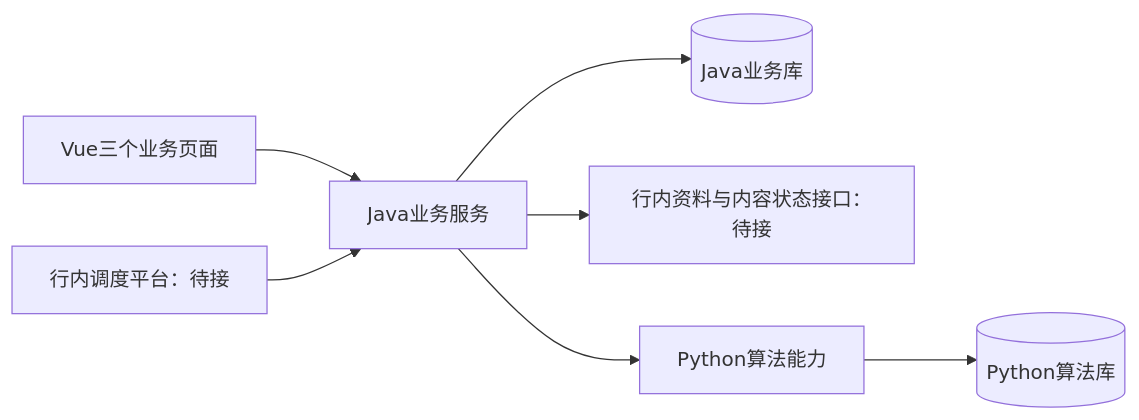
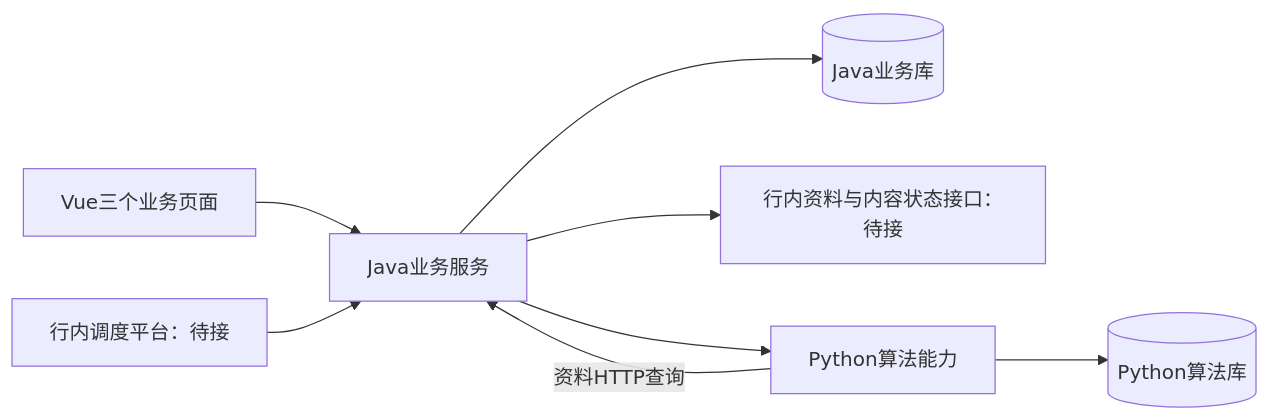
One commit to easyLong/strat-matrix changed the diagram in README.md. Above: the diagram before and after it, drawn with Mermaid. The commit also changed other lines of this file and 132 other files, not shown here.

````diff
--- a/README.md
+++ b/README.md
@@ -19,9 +23,10 @@
 ```mermaid
 flowchart LR
     Vue[Vue三个业务页面] --> Java[Java业务服务]
     Java --> Bus[(Java业务库)]
     Java --> Source[行内资料与内容状态接口：待接]
     Java --> Algo[Python算法能力]
+    Algo -->|资料HTTP查询| Java
     Algo --> AI[(Python算法库)]
     HostJob[行内调度平台：待接] --> Java
 ```
````
